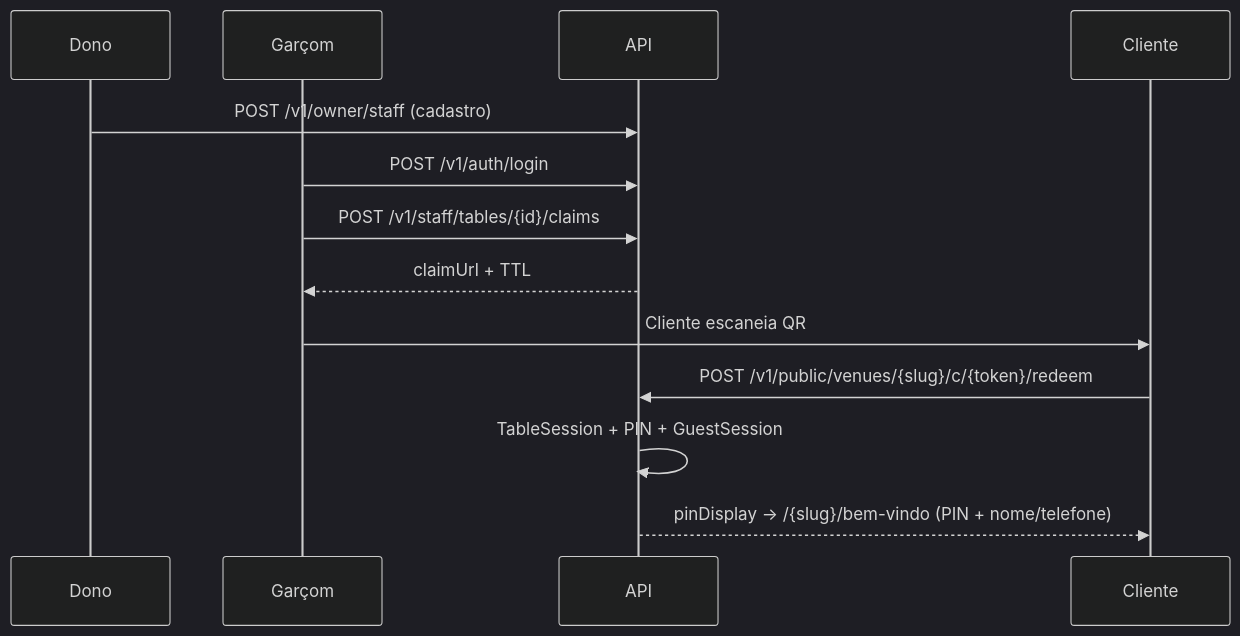
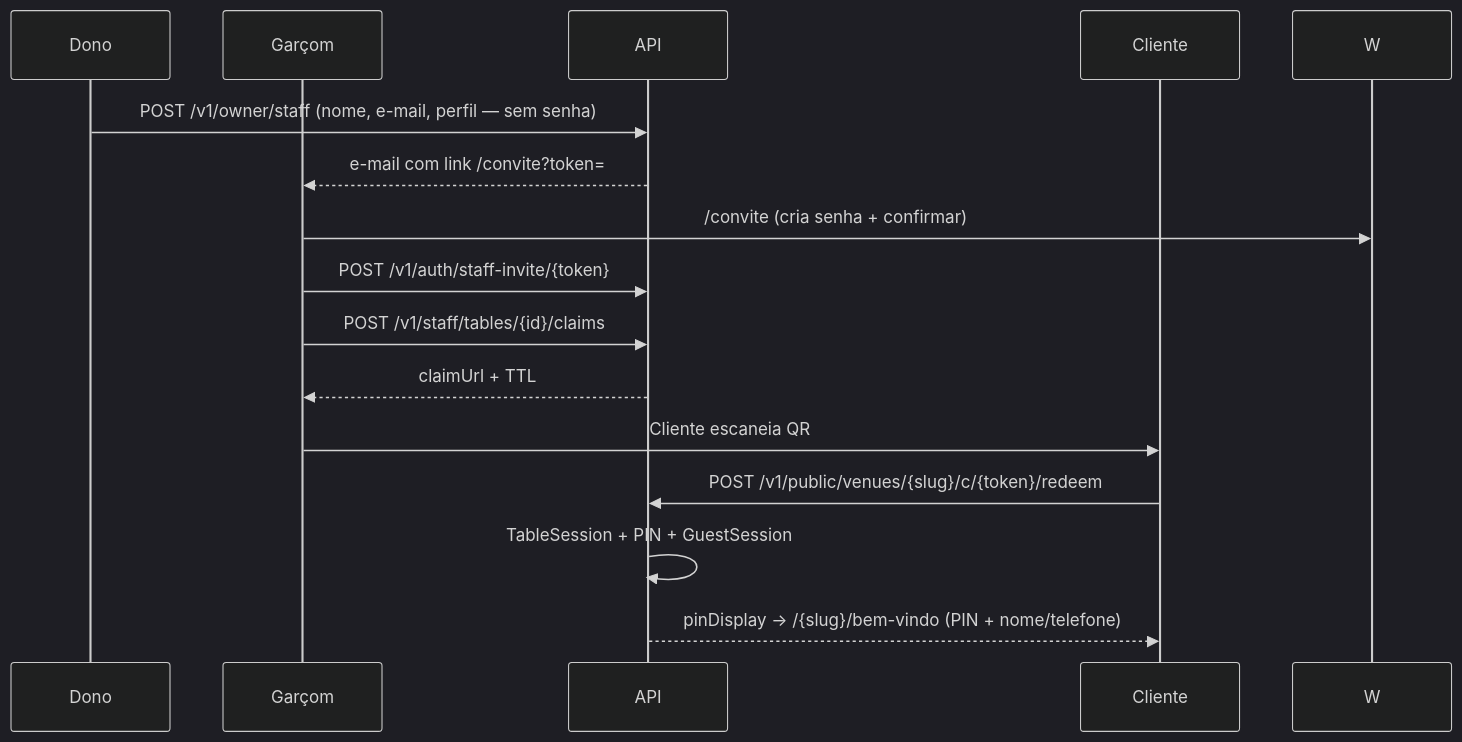
Before and after one commit to filiperamosds/eaimesa-frontend: the fourth of 7 diagrams in docs/product/fluxos.md, drawn with Mermaid (dark theme). The commit also changed other lines of this file and 25 other files, not shown here.

First line of the commit message:
Fatia 18: confirmar e-mail, convite, reset e confirmar senha

````diff
--- a/docs/product/fluxos.md
+++ b/docs/product/fluxos.md
@@ -80,16 +83,18 @@
 ```mermaid
 sequenceDiagram
   participant D as Dono
   participant G as Garçom
   participant API as API
   participant C as Cliente
 
-  D->>API: POST /v1/owner/staff (cadastro)
-  G->>API: POST /v1/auth/login
+  D->>API: POST /v1/owner/staff (nome, e-mail, perfil — sem senha)
+  API-->>G: e-mail com link /convite?token=
+  G->>W: /convite (cria senha + confirmar)
+  G->>API: POST /v1/auth/staff-invite/{token}
   G->>API: POST /v1/staff/tables/{id}/claims
   API-->>G: claimUrl + TTL
   G->>C: Cliente escaneia QR
   C->>API: POST /v1/public/venues/{slug}/c/{token}/redeem
   API->>API: TableSession + PIN + GuestSession
   API-->>C: pinDisplay → /{slug}/bem-vindo (PIN + nome/telefone)
 ```
````
